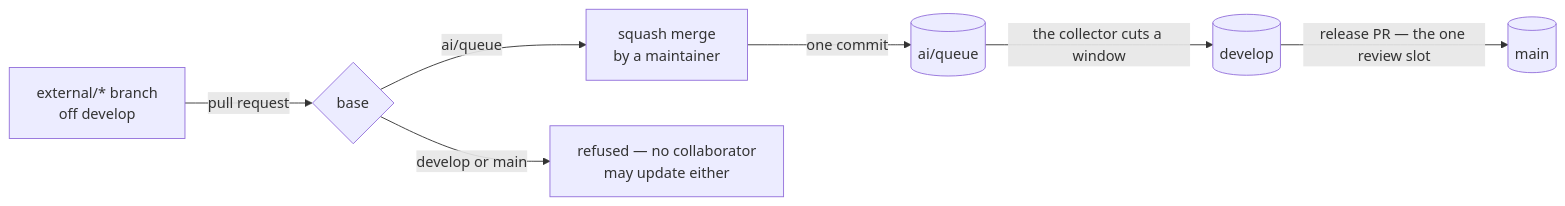
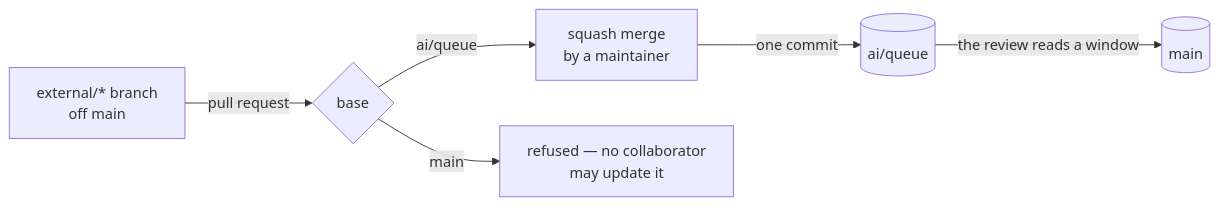
One commit to Esposter/Esposter changed the diagram in apps/web/content/docs/infra/branch-namespaces.md. Above: the diagram before and after it, drawn with Mermaid. The commit also changed other lines of this file and 51 other files, not shown here.

First line of the commit message:
docs(review): the review replaces CodeRabbit and the review collector — its page, the session's side and the carried review rules

````diff
--- a/apps/web/content/docs/infra/branch-namespaces.md
+++ b/apps/web/content/docs/infra/branch-namespaces.md
@@ -25,9 +25,8 @@
 ```mermaid
 flowchart LR
-  E[external/* branch<br/>off develop] -->|pull request| G{base}
+  E[external/* branch<br/>off main] -->|pull request| G{base}
   G -->|ai/queue| S[squash merge<br/>by a maintainer]
-  G -->|develop or main| X[refused — no collaborator<br/>may update either]
+  G -->|main| X[refused — no collaborator<br/>may update it]
   S -->|one commit| Q[(ai/queue)]
-  Q -->|the collector cuts a window| D[(develop)]
-  D -->|release PR — the one review slot| M[(main)]
+  Q -->|the review reads a window| M[(main)]
 ```
````
